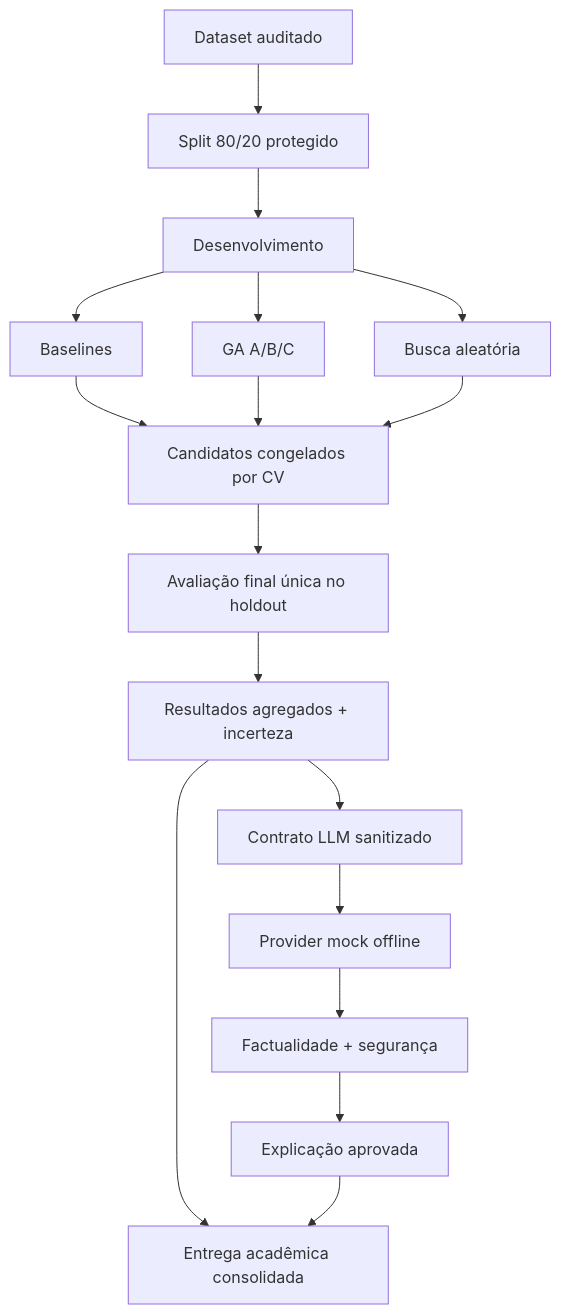
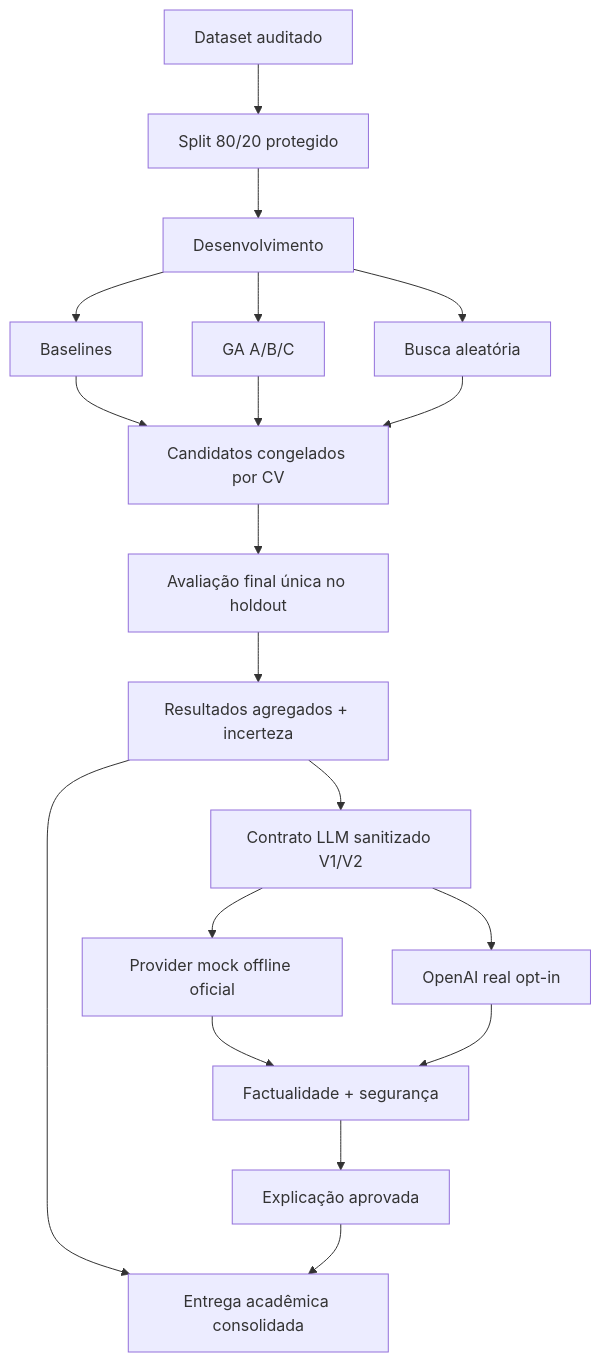
Before and after one commit to rafaelbarrosleite/fiap-techchallenge-fase2-ga-llm: the diagram in README.md, drawn with Mermaid. The commit also changed other lines of this file and 21 other files, not shown here.

````diff
--- a/README.md
+++ b/README.md
@@ -21,19 +23,21 @@
 ```mermaid
 flowchart TD
     D[Dataset auditado] --> S[Split 80/20 protegido]
     S --> DEV[Desenvolvimento]
     DEV --> B[Baselines]
     DEV --> G[GA A/B/C]
     DEV --> R[Busca aleatória]
     B --> F[Candidatos congelados por CV]
     G --> F
     R --> F
     F --> E[Avaliação final única no holdout]
     E --> A[Resultados agregados + incerteza]
-    A --> L[Contrato LLM sanitizado]
-    L --> M[Provider mock offline]
+    A --> L[Contrato LLM sanitizado V1/V2]
+    L --> M[Provider mock offline oficial]
+    L --> O[OpenAI real opt-in]
     M --> V[Factualidade + segurança]
+    O --> V
     V --> X[Explicação aprovada]
     A --> C[Entrega acadêmica consolidada]
     X --> C
 ```
````
